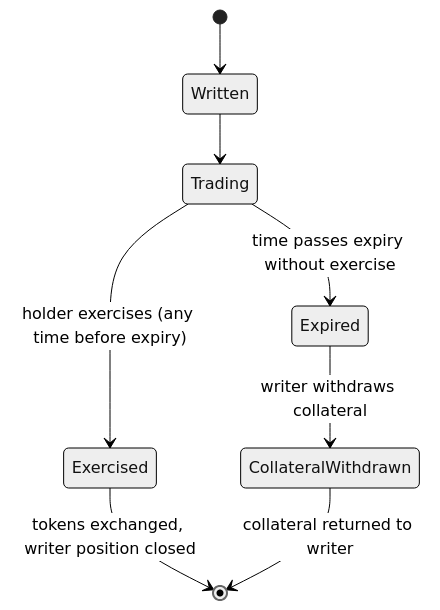
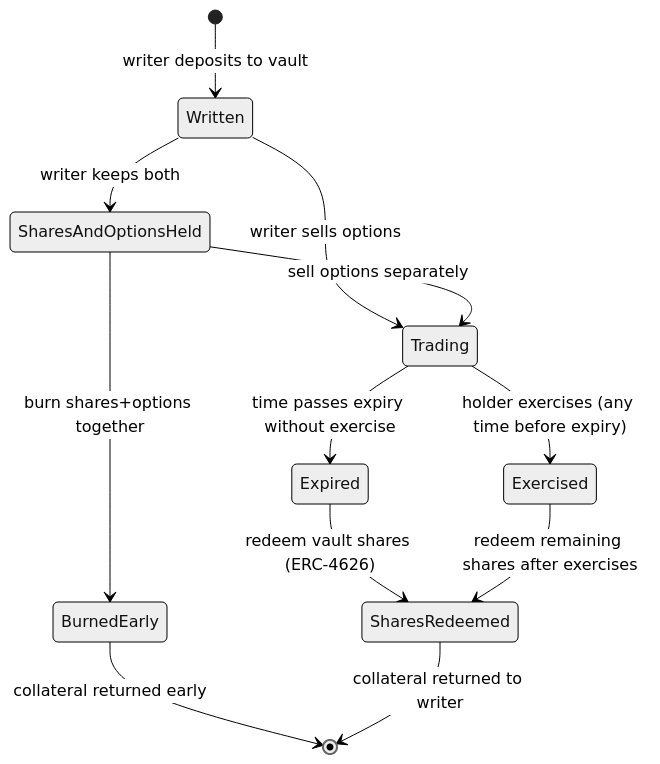
One commit to 0xgleb/optional changed the first of 8 diagrams in SPEC.md. Above: the diagram before and after it, drawn with Mermaid (neutral theme). The commit also changed other lines of this file, not shown here.

Commit message:
option vault spec

````diff
--- a/SPEC.md
+++ b/SPEC.md
@@ -237,10 +330,17 @@
 ```mermaid
 stateDiagram-v2
-    [*] --> Written
-    Written --> Trading
+    [*] --> Written: writer deposits to vault
+    Written --> Trading: writer sells options
+    Written --> SharesAndOptionsHeld: writer keeps both
+
     Trading --> Exercised: holder exercises (any time before expiry)
     Trading --> Expired: time passes expiry without exercise
-    Expired --> CollateralWithdrawn: writer withdraws collateral
-    Exercised --> [*]: tokens exchanged, writer position closed
-    CollateralWithdrawn --> [*]: collateral returned to writer
+
+    SharesAndOptionsHeld --> BurnedEarly: burn shares+options together
+    SharesAndOptionsHeld --> Trading: sell options separately
+
+    Expired --> SharesRedeemed: redeem vault shares (ERC-4626)
+    Exercised --> SharesRedeemed: redeem remaining shares after exercises
+    BurnedEarly --> [*]: collateral returned early
+    SharesRedeemed --> [*]: collateral returned to writer
 ```
````
